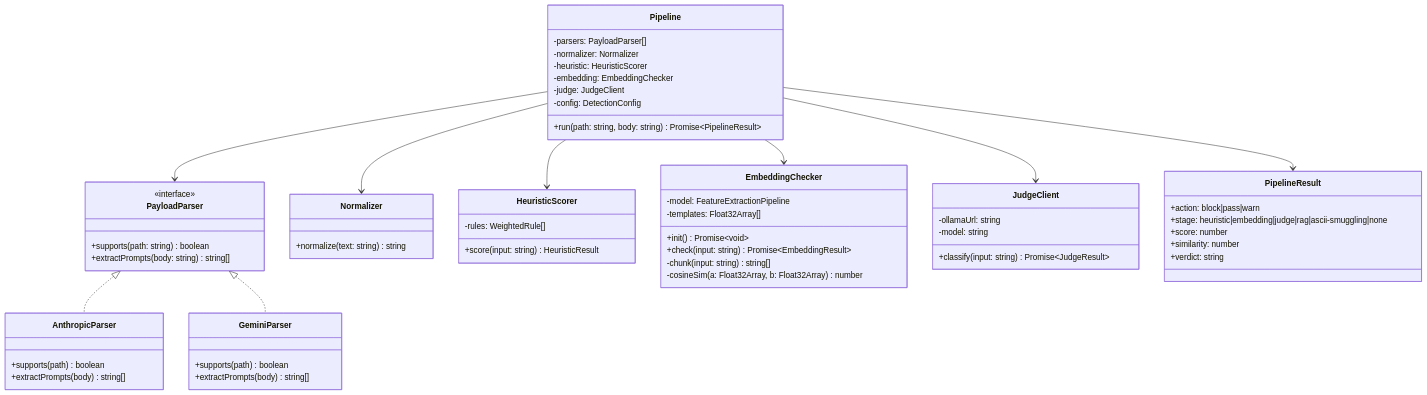
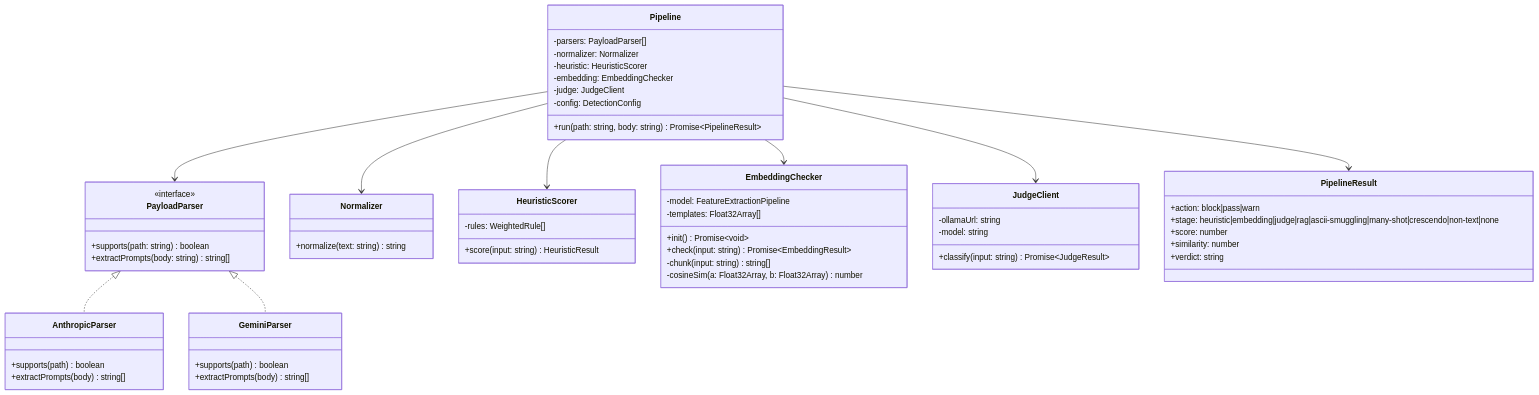
Before and after one commit to PIsberg/llm-fw: the third of 11 diagrams in docs/ARCHITECTURE.md, drawn with Mermaid. The commit also changed other lines of this file and 2 other files, not shown here.

First line of the commit message:
docs: document new detectors in CHANGELOG, README, and ARCHITECTURE

````diff
--- a/docs/ARCHITECTURE.md
+++ b/docs/ARCHITECTURE.md
@@ -91,69 +91,69 @@
 ```mermaid
 classDiagram
     class PayloadParser {
         <<interface>>
         +supports(path: string) boolean
         +extractPrompts(body: string) string[]
     }
 
     class AnthropicParser {
         +supports(path) boolean
         +extractPrompts(body) string[]
     }
 
     class GeminiParser {
         +supports(path) boolean
         +extractPrompts(body) string[]
     }
 
     class Normalizer {
         +normalize(text: string) string
     }
 
     class HeuristicScorer {
         -rules: WeightedRule[]
         +score(input: string) HeuristicResult
     }
 
     class EmbeddingChecker {
         -model: FeatureExtractionPipeline
         -templates: Float32Array[]
         +init() Promise~void~
         +check(input: string) Promise~EmbeddingResult~
         -chunk(input: string) string[]
         -cosineSim(a: Float32Array, b: Float32Array) number
     }
 
     class JudgeClient {
         -ollamaUrl: string
         -model: string
         +classify(input: string) Promise~JudgeResult~
     }
 
     class Pipeline {
         -parsers: PayloadParser[]
         -normalizer: Normalizer
         -heuristic: HeuristicScorer
         -embedding: EmbeddingChecker
         -judge: JudgeClient
         -config: DetectionConfig
         +run(path: string, body: string) Promise~PipelineResult~
     }
 
     class PipelineResult {
         +action: block|pass|warn
-        +stage: heuristic|embedding|judge|rag|ascii-smuggling|none
+        +stage: heuristic|embedding|judge|rag|ascii-smuggling|many-shot|crescendo|non-text|none
         +score: number
         +similarity: number
         +verdict: string
     }
 
     PayloadParser <|.. AnthropicParser
     PayloadParser <|.. GeminiParser
     Pipeline --> PayloadParser
     Pipeline --> Normalizer
     Pipeline --> HeuristicScorer
     Pipeline --> EmbeddingChecker
     Pipeline --> JudgeClient
     Pipeline --> PipelineResult
 ```
````
